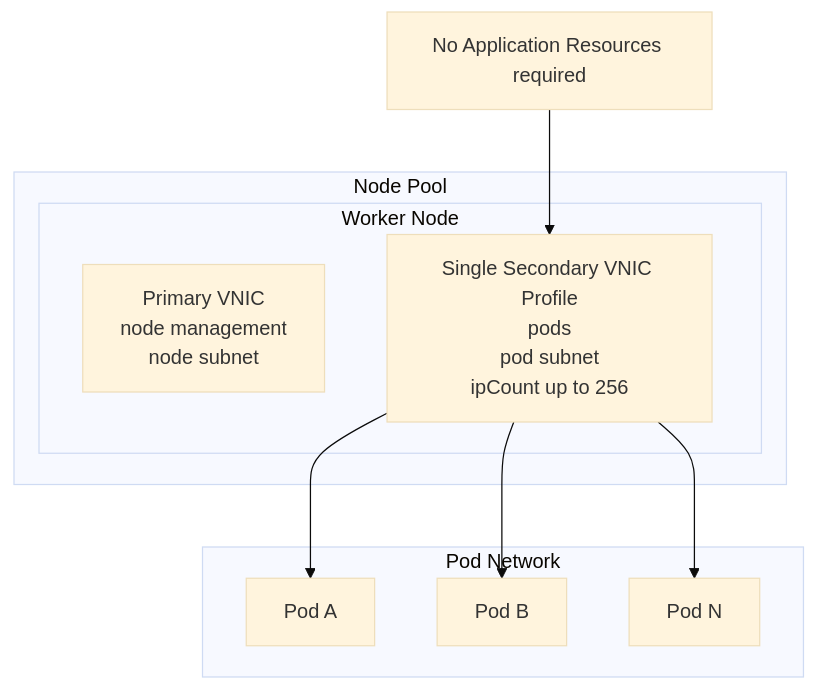
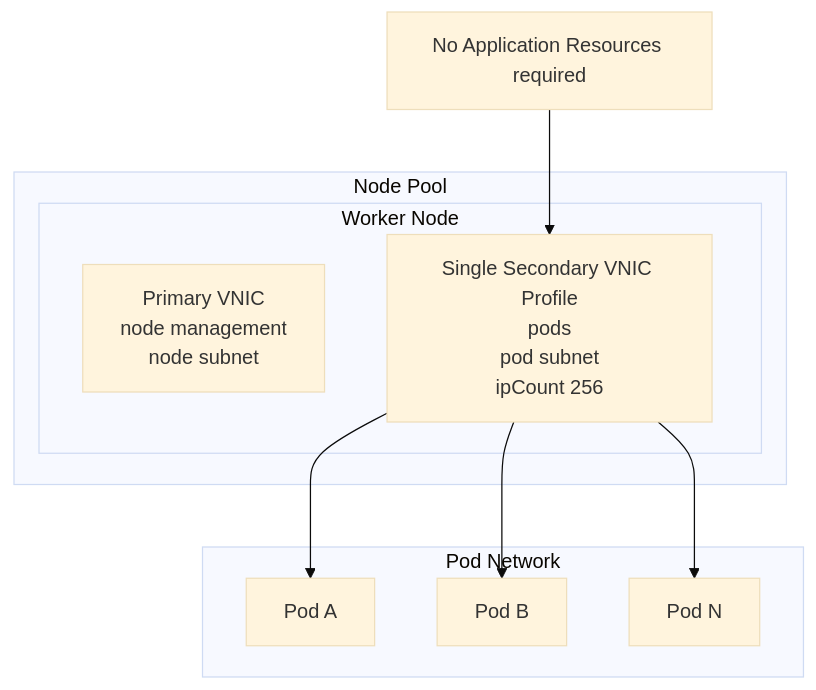
One commit to chiphwang1/gva_docs changed the second of 3 diagrams in combined.md. Above: the diagram before and after it, drawn with Mermaid (base theme). The commit also changed other lines of this file, not shown here.

````diff
--- a/combined.md
+++ b/combined.md
@@ -337,27 +345,27 @@
 ```mermaid
 flowchart TB
     subgraph NP["Node Pool"]
         subgraph N1["Worker Node"]
             PV["Primary VNIC
 node management
 node subnet"]
             VP["Single Secondary VNIC Profile
 pods
 pod subnet
-ipCount up to 256"]
+ipCount 256"]
         end
     end
 
     subgraph PODNET["Pod Network"]
         P1["Pod A"]
         P2["Pod B"]
         P3["Pod N"]
     end
 
     NOTE["No Application Resources required"]
 
     VP --> P1
     VP --> P2
     VP --> P3
     NOTE --> VP
 ```
````
